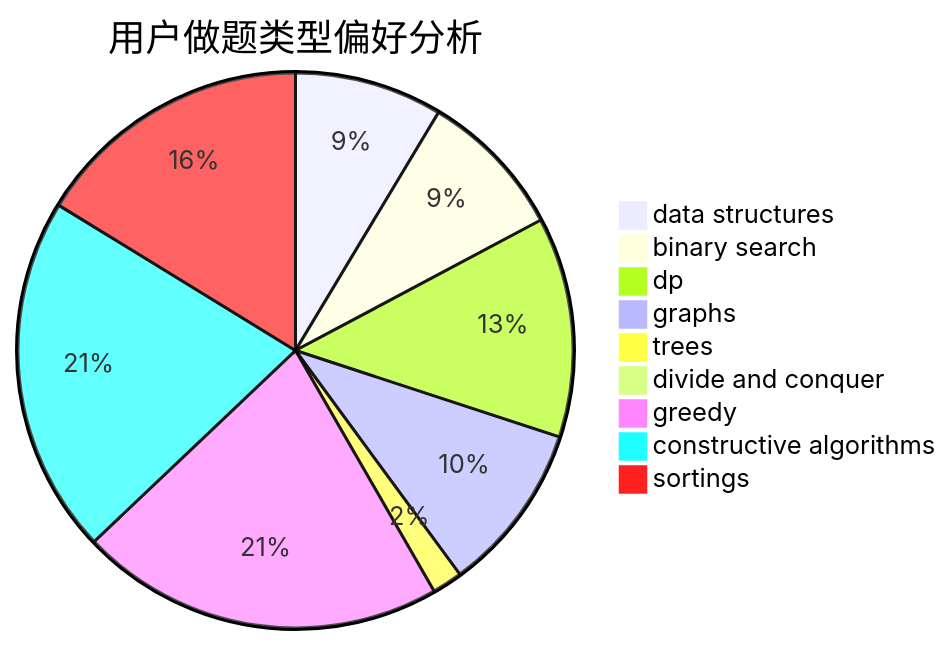
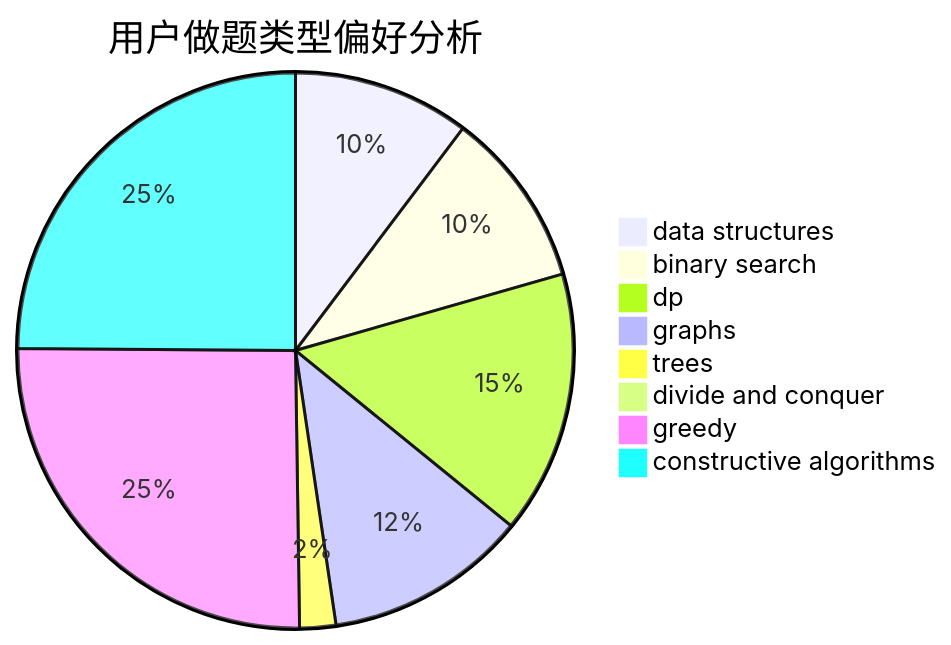
One commit to sherpahu/cfrs.github.io changed the second of 3 diagrams in docs/user/u1017.md. Above: the diagram before and after it, drawn with Mermaid. The commit also changed other lines of this file and 2769 other files, not shown here.

````diff
--- a/docs/user/u1017.md
+++ b/docs/user/u1017.md
@@ -18,12 +18,11 @@
 ```mermaid
 pie title 用户做题类型偏好分析
     "data structures" :  88
     "binary search" :  88
     "dp" :  131
     "graphs" :  101
     "trees" :  18
     "divide and conquer" :  0
     "greedy" :  217
     "constructive algorithms" :  213
-    "sortings" :  166
 ```
````
